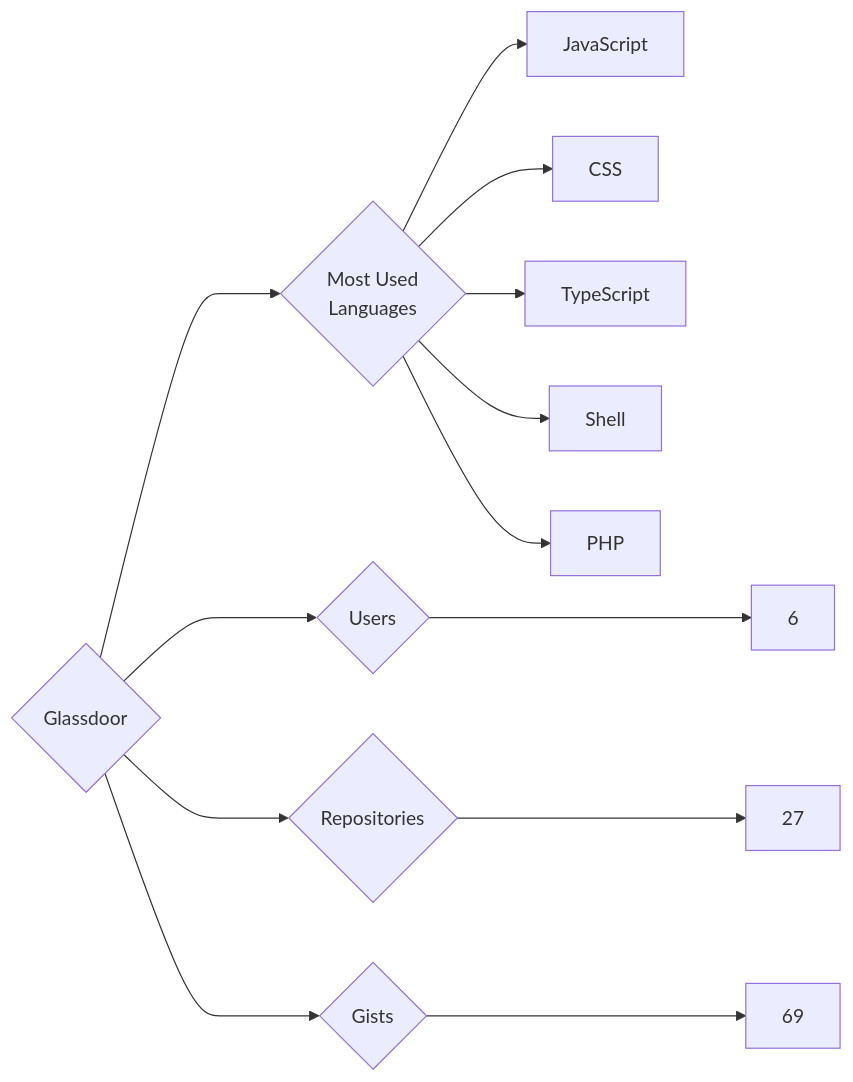
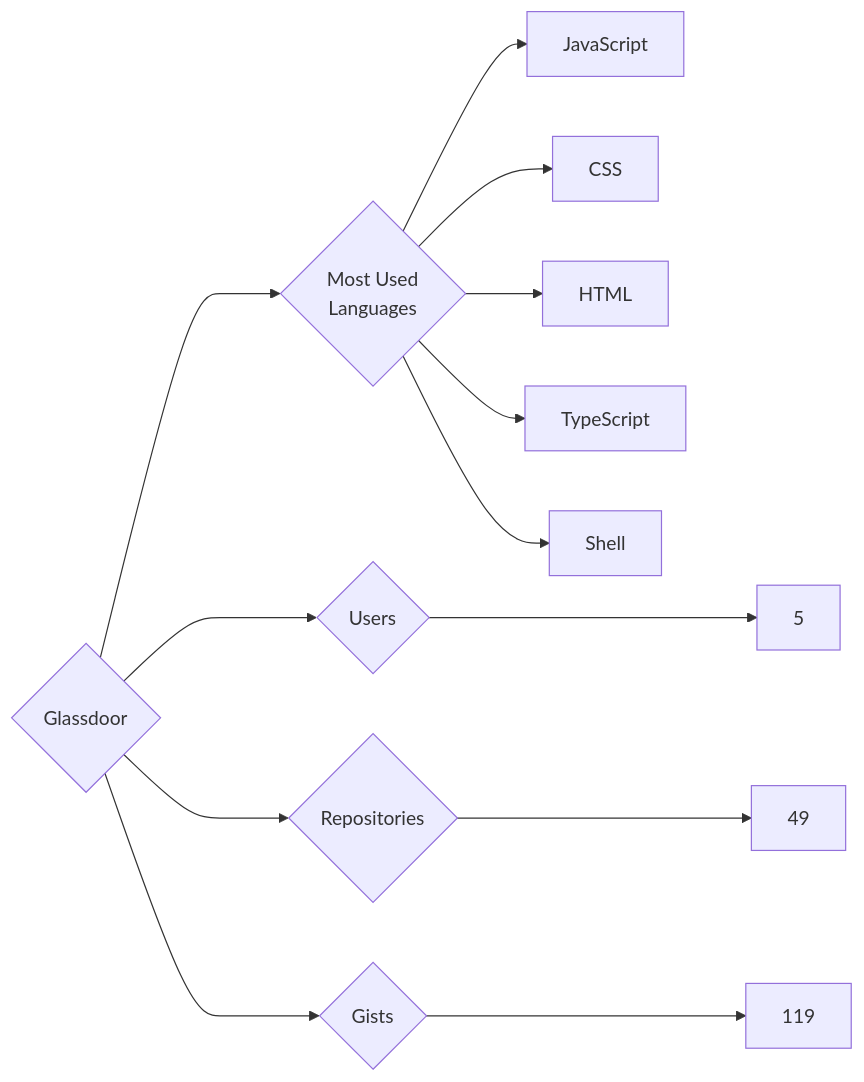
Before and after one commit to trickest/insiders: the diagram in targets/Glassdoor/README.md, drawn with Mermaid. The commit also changed 636 other files, not shown here.

````diff
--- a/targets/Glassdoor/README.md
+++ b/targets/Glassdoor/README.md
@@ -3,13 +3,13 @@
 ```mermaid
 graph LR
 COMPANY_NAME{Glassdoor}
-COMPANY_NAME ---> U{Users} ---> UN[6]
-COMPANY_NAME ---> R{Repositories} ---> RN[27]
-COMPANY_NAME ---> G{Gists} ---> GN[69]
+COMPANY_NAME ---> U{Users} ---> UN[5]
+COMPANY_NAME ---> R{Repositories} ---> RN[49]
+COMPANY_NAME ---> G{Gists} ---> GN[119]
 COMPANY_NAME ---> ML{Most Used<br>Languages}
 ML --> JavaScript[JavaScript]
 ML --> CSS[CSS]
+ML --> HTML[HTML]
 ML --> TypeScript[TypeScript]
 ML --> Shell[Shell]
-ML --> PHP[PHP]
 ```
````
